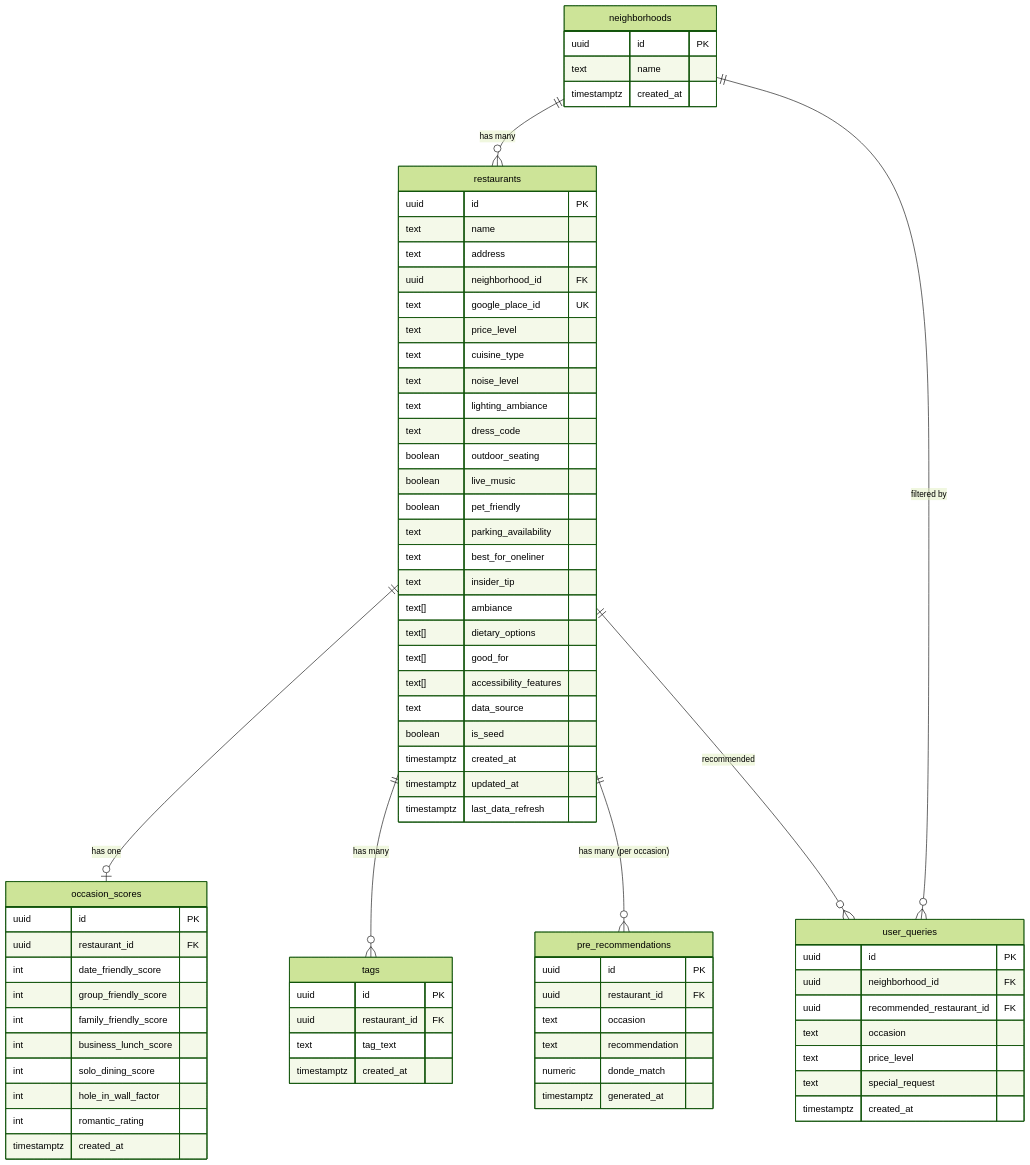
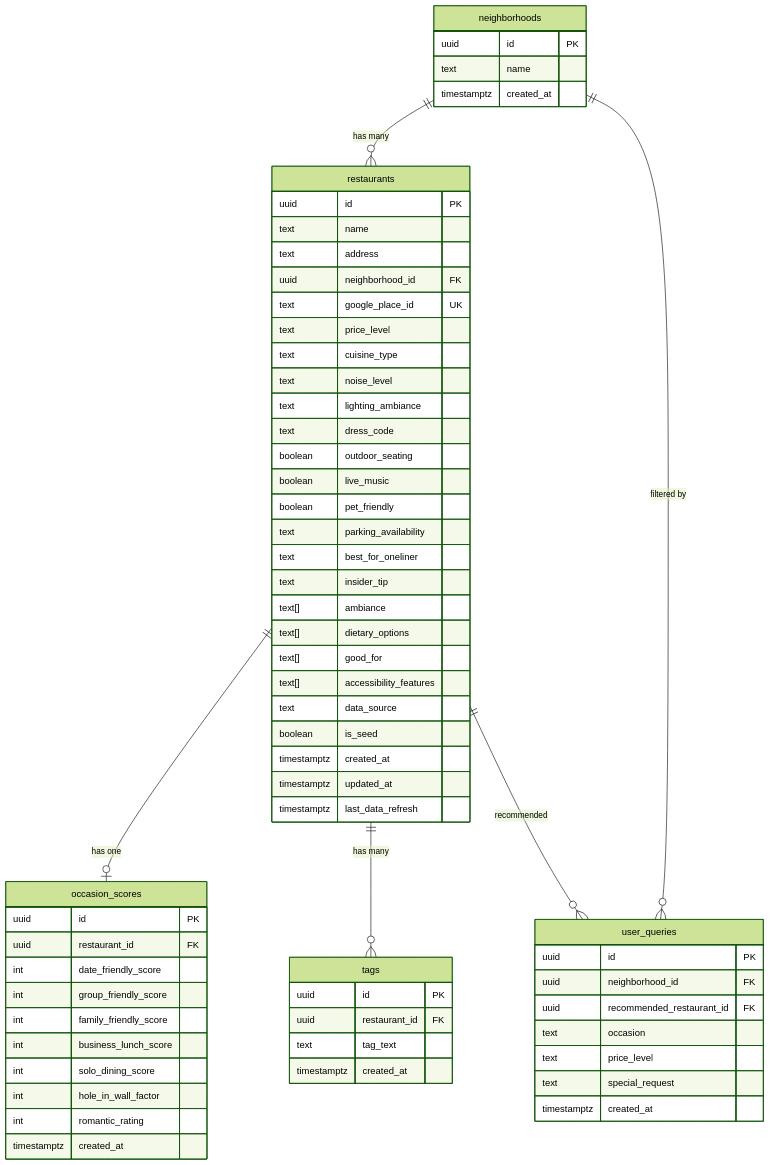
The fifth of 9 diagrams in docs/system-architecture.md (aacrit/dondeBackend), drawn with Mermaid (forest theme) before and after one commit. The commit also changed other lines of this file and 8 other files, not shown here.

First line of the commit message:
Remove pre-recommendations pipeline — all requests now use live Claude

````diff
--- a/docs/system-architecture.md
+++ b/docs/system-architecture.md
@@ -217,82 +153,72 @@
 ```mermaid
 erDiagram
     neighborhoods {
         uuid id PK
         text name
         timestamptz created_at
     }
 
     restaurants {
         uuid id PK
         text name
         text address
         uuid neighborhood_id FK
         text google_place_id UK
         text price_level
         text cuisine_type
         text noise_level
         text lighting_ambiance
         text dress_code
         boolean outdoor_seating
         boolean live_music
         boolean pet_friendly
         text parking_availability
         text best_for_oneliner
         text insider_tip
         text[] ambiance
         text[] dietary_options
         text[] good_for
         text[] accessibility_features
         text data_source
         boolean is_seed
         timestamptz created_at
         timestamptz updated_at
         timestamptz last_data_refresh
     }
 
     occasion_scores {
         uuid id PK
         uuid restaurant_id FK
         int date_friendly_score
         int group_friendly_score
         int family_friendly_score
         int business_lunch_score
         int solo_dining_score
         int hole_in_wall_factor
         int romantic_rating
         timestamptz created_at
     }
 
     tags {
         uuid id PK
         uuid restaurant_id FK
         text tag_text
         timestamptz created_at
     }
 
-    pre_recommendations {
-        uuid id PK
-        uuid restaurant_id FK
-        text occasion
-        text recommendation
-        numeric donde_match
-        timestamptz generated_at
-    }
-
     user_queries {
         uuid id PK
         uuid neighborhood_id FK
         uuid recommended_restaurant_id FK
         text occasion
         text price_level
         text special_request
         timestamptz created_at
     }
 
     neighborhoods ||--o{ restaurants : "has many"
     restaurants ||--o| occasion_scores : "has one"
     restaurants ||--o{ tags : "has many"
-    restaurants ||--o{ pre_recommendations : "has many (per occasion)"
     neighborhoods ||--o{ user_queries : "filtered by"
     restaurants ||--o{ user_queries : "recommended"
 ```
````
